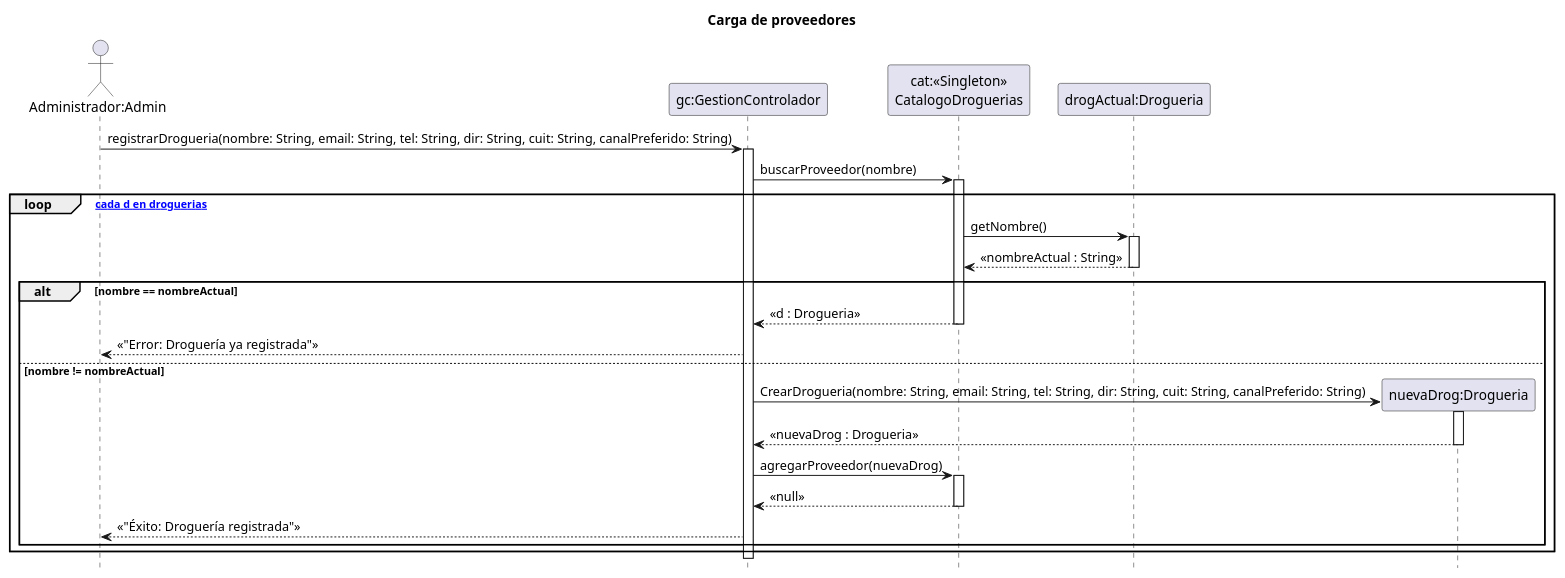
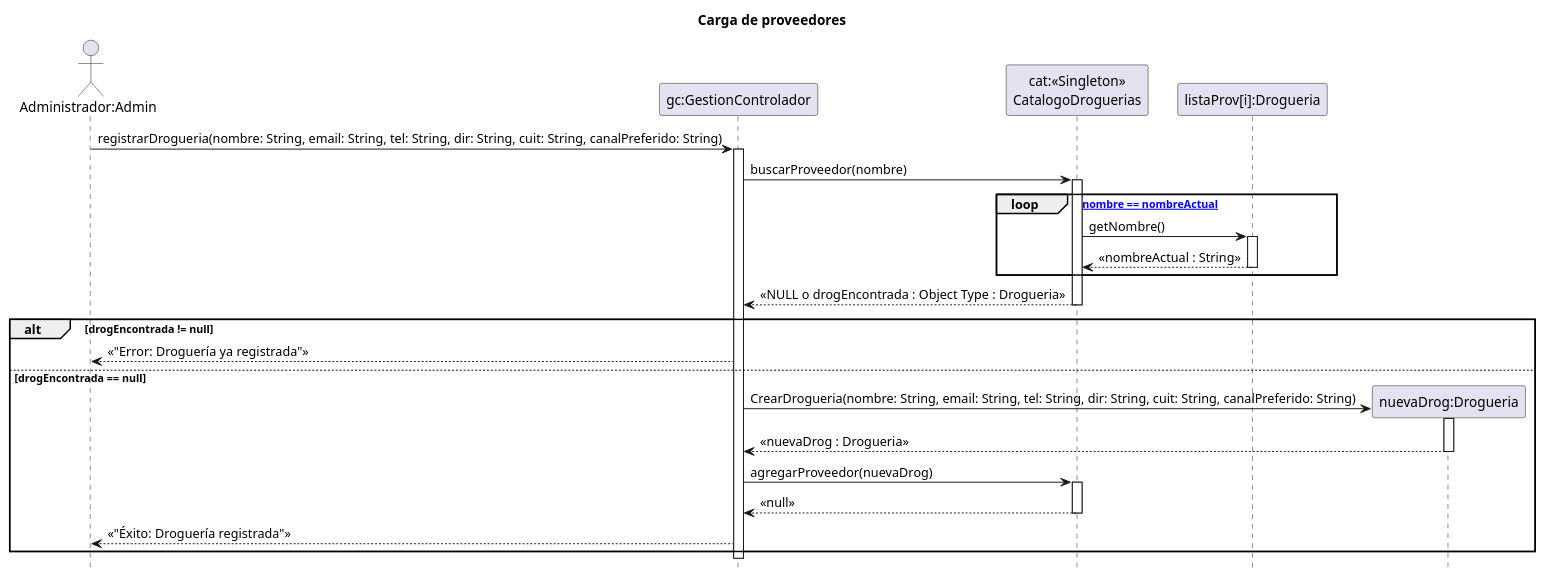
One commit to zEzequR/PF-I changed the diagram in 08 - Diagramas de Secuencia de Diseño/CargaProveedores/CargaProveedores.puml. Above: the diagram before and after it, drawn with PlantUML. The commit also changed 15 other files, not shown here.

```diff
--- a/08 - Diagramas de Secuencia de Diseño/CargaProveedores/CargaProveedores.puml
+++ b/08 - Diagramas de Secuencia de Diseño/CargaProveedores/CargaProveedores.puml
@@ -1,50 +1,50 @@
 @startuml
 title Carga de proveedores
 hide footbox
 
 actor "Administrador:Admin" as admin
 participant "gc:GestionControlador" as ctrl
 participant "cat:<<Singleton>>\nCatalogoDroguerias" as cat
-participant "drogActual:Drogueria" as drog_actual
+participant "listaProv[i]:Drogueria" as drog_actual
 
 admin -> ctrl : registrarDrogueria(nombre: String, email: String, tel: String, dir: String, cuit: String, canalPreferido: String)
 activate ctrl
 
 ctrl -> cat : buscarProveedor(nombre)
 activate cat
 
-loop [para cada d en droguerias]
+loop [hasta nombre == nombreActual]
     cat -> drog_actual : getNombre()
     activate drog_actual
     drog_actual --> cat : << nombreActual : String >>
     deactivate drog_actual
-    
-    alt nombre == nombreActual
-        cat --> ctrl : << d : Drogueria >>
+end
+
+        cat --> ctrl : << NULL o drogEncontrada : Object Type : Drogueria >>
         deactivate cat
-        
+
+    alt drogEncontrada != null
         ctrl --> admin : << "Error: Droguería ya registrada" >>
 
-    else nombre != nombreActual
+    else drogEncontrada == null
 
         deactivate cat
     
         create participant "nuevaDrog:Drogueria" as nuevo_drog
         ctrl -> nuevo_drog : CrearDrogueria(nombre: String, email: String, tel: String, dir: String, cuit: String, canalPreferido: String)
         activate nuevo_drog
         nuevo_drog --> ctrl : << nuevaDrog : Drogueria >>
         deactivate nuevo_drog
 
         ctrl -> cat : agregarProveedor(nuevaDrog)
         activate cat
         
         cat --> ctrl : << null >>
         deactivate cat
         
         ctrl --> admin : << "Éxito: Droguería registrada" >>
         
     end
-end
 
 deactivate ctrl
 @enduml
```
